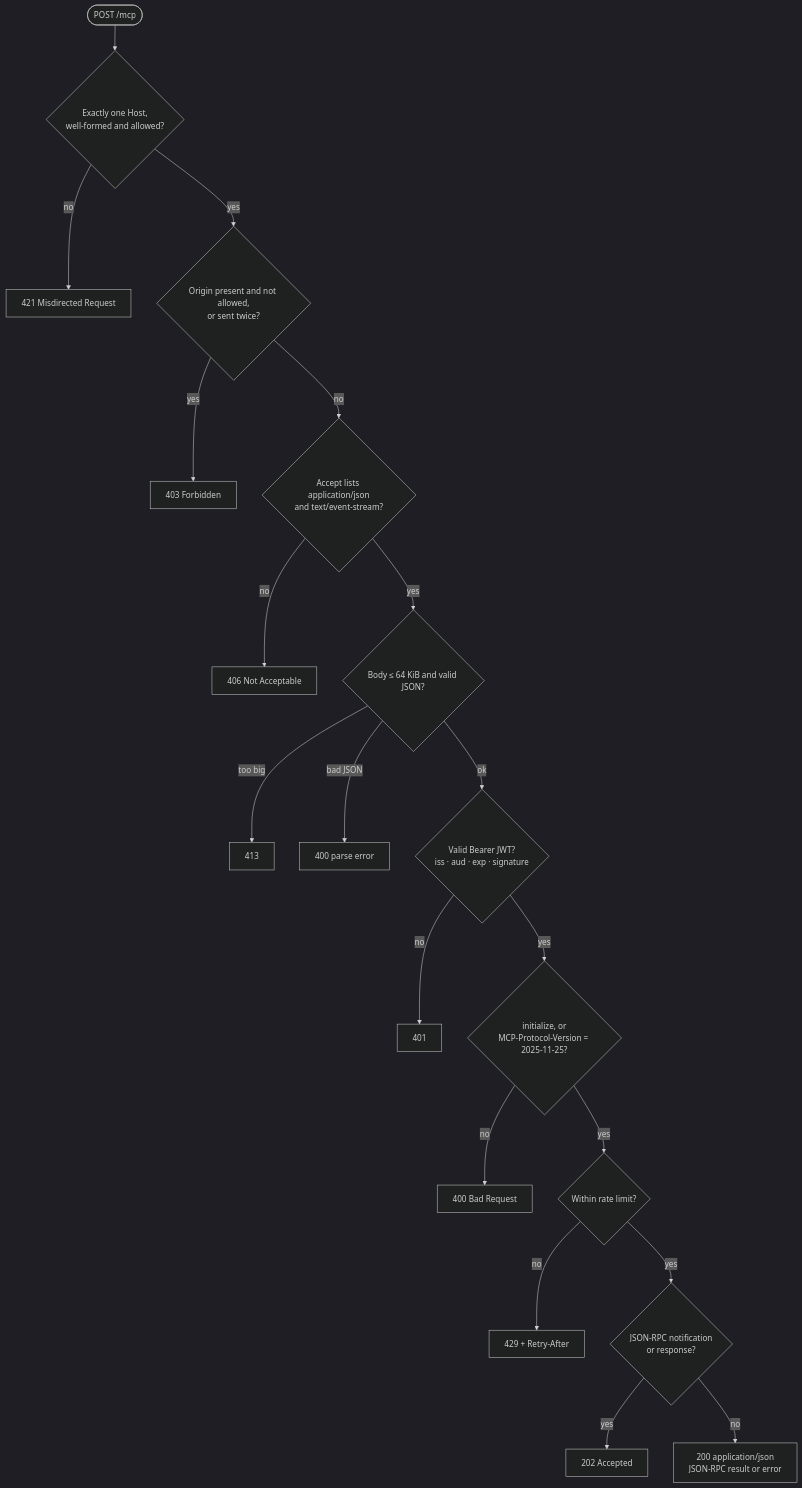
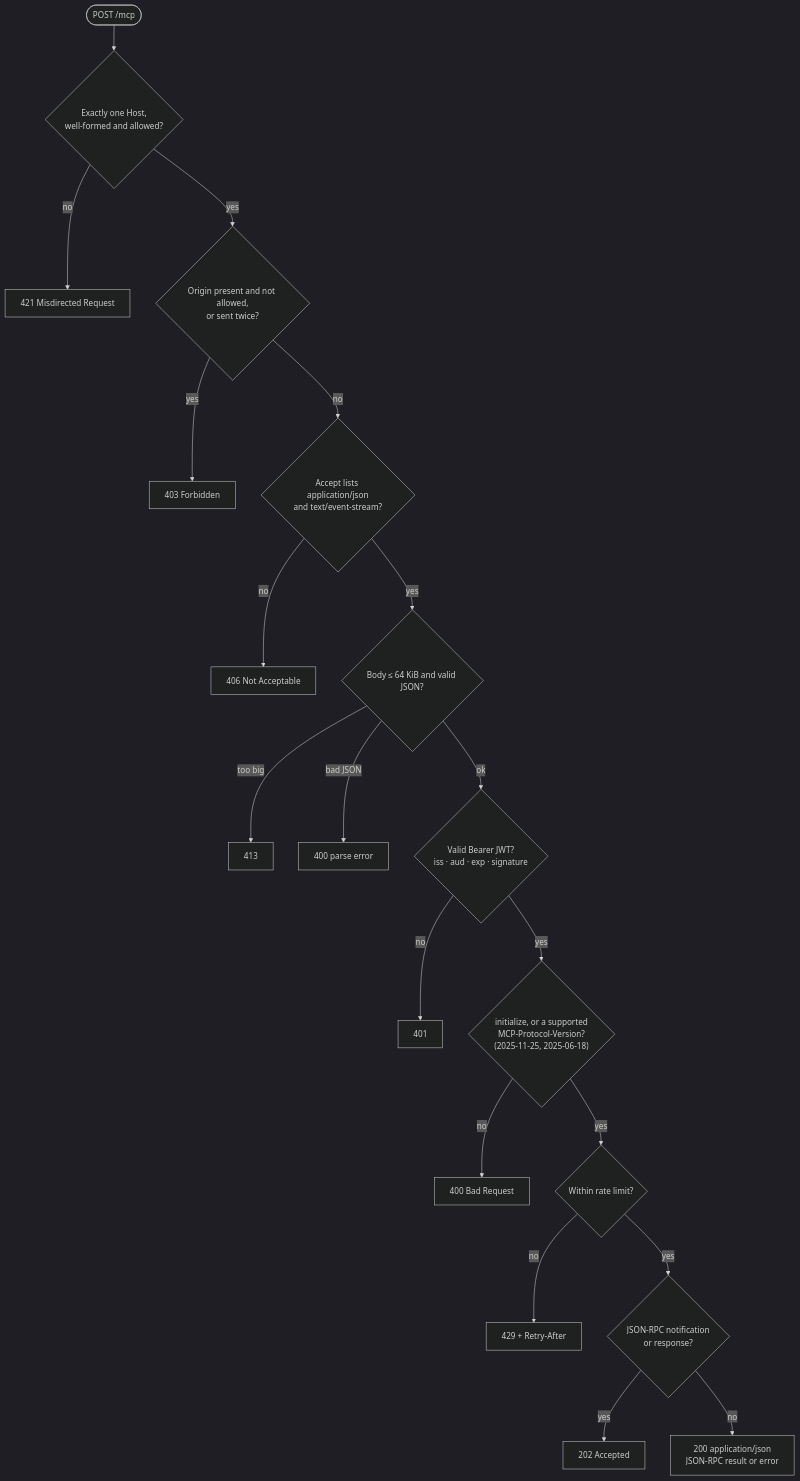
One commit to BugHunterX2101/watchfloor changed the third of 21 diagrams in README.md. Above: the diagram before and after it, drawn with Mermaid (dark theme). The commit also changed other lines of this file, not shown here.

````diff
--- a/README.md
+++ b/README.md
@@ -233,21 +234,21 @@
 ```mermaid
 flowchart TD
   S(["POST /mcp"]) --> H{"Exactly one Host,<br/>well-formed and allowed?"}
   H -- no --> R421["421 Misdirected Request"]
   H -- yes --> O{"Origin present and not allowed,<br/>or sent twice?"}
   O -- yes --> R403["403 Forbidden"]
   O -- no --> AC{"Accept lists application/json<br/>and text/event-stream?"}
   AC -- no --> R406["406 Not Acceptable"]
   AC -- yes --> SZ{"Body ≤ 64 KiB and valid JSON?"}
   SZ -- "too big" --> R413["413"]
   SZ -- "bad JSON" --> R400a["400 parse error"]
   SZ -- ok --> T{"Valid Bearer JWT?<br/>iss · aud · exp · signature"}
   T -- no --> R401["401"]
-  T -- yes --> V{"initialize, or<br/>MCP-Protocol-Version = 2025-11-25?"}
+  T -- yes --> V{"initialize, or a supported<br/>MCP-Protocol-Version?<br/>(2025-11-25, 2025-06-18)"}
   V -- no --> R400b["400 Bad Request"]
   V -- yes --> RL{"Within rate limit?"}
   RL -- no --> R429["429 + Retry-After"]
   RL -- yes --> N{"JSON-RPC notification<br/>or response?"}
   N -- yes --> R202["202 Accepted"]
   N -- no --> OK["200 application/json<br/>JSON-RPC result or error"]
 ```
````
